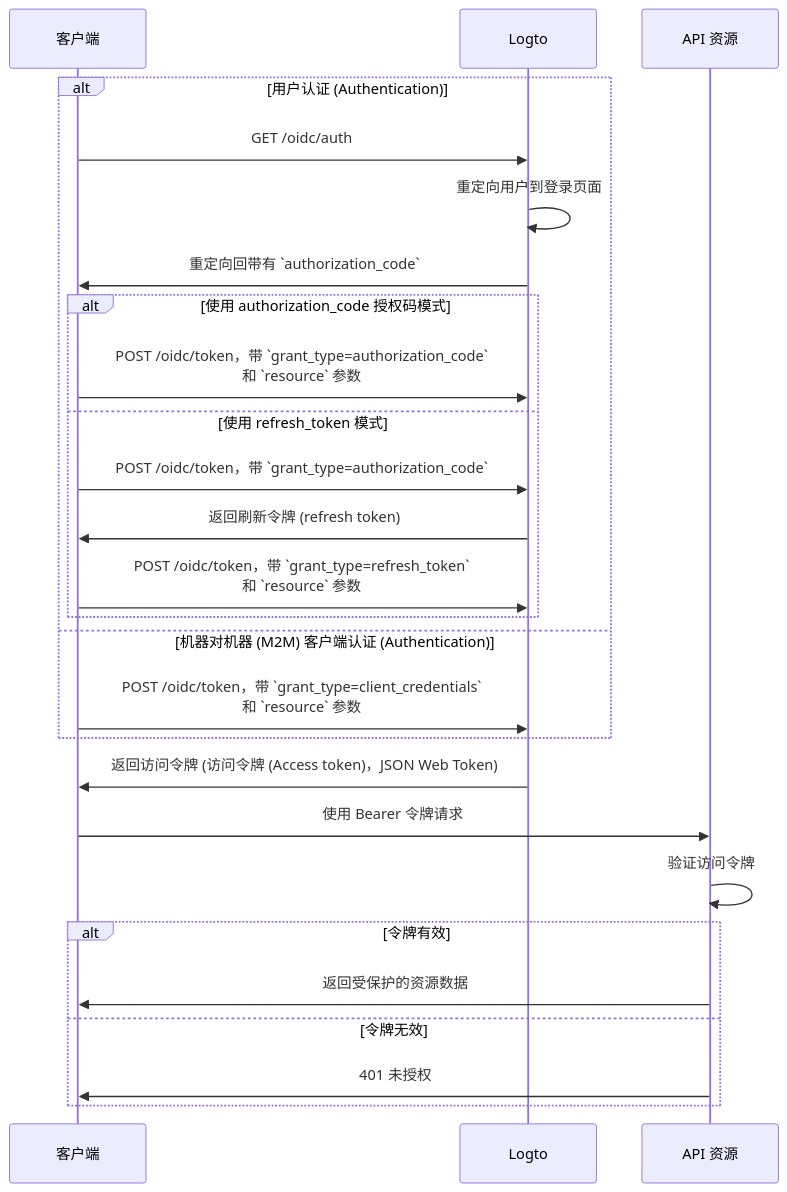
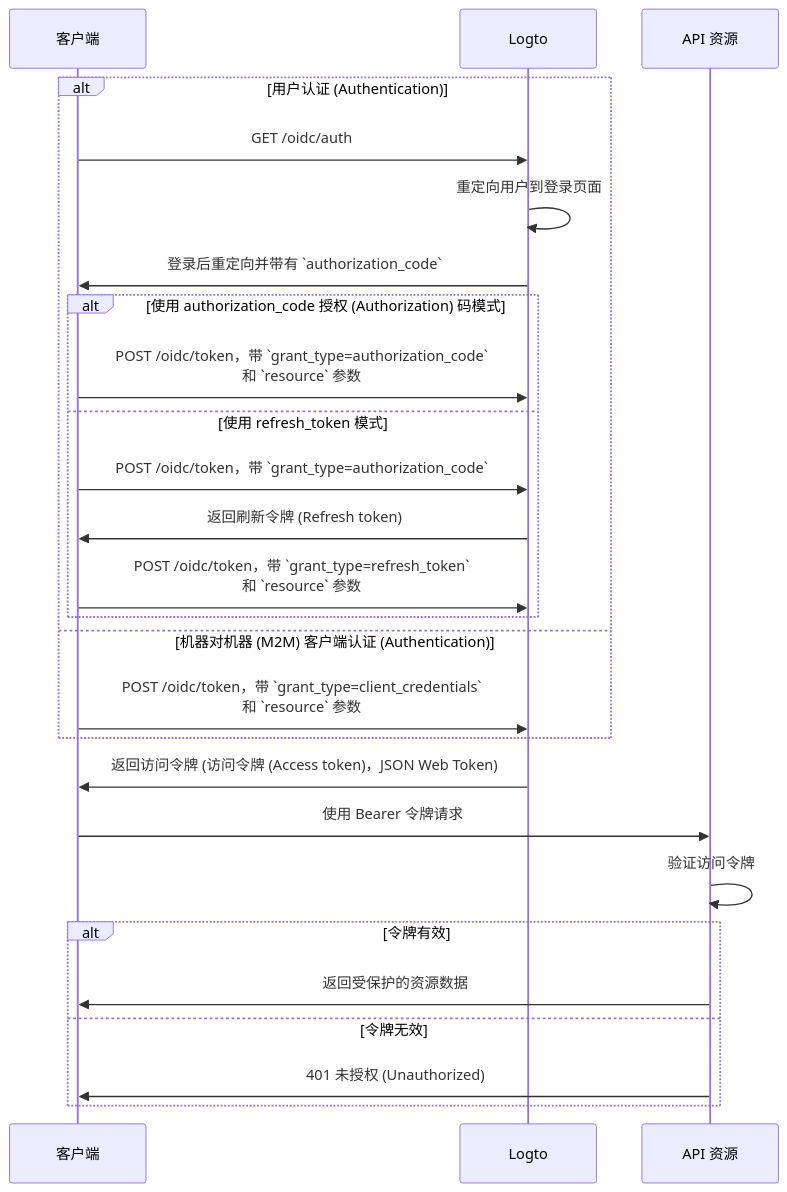
One commit to logto-io/docs changed the diagram in i18n/zh-CN/docusaurus-plugin-content-docs/current/authorization/global-api-resources.mdx. Above: the diagram before and after it, drawn with Mermaid. The commit also changed other lines of this file and 36 other files, not shown here.

````diff
--- a/i18n/zh-CN/docusaurus-plugin-content-docs/current/authorization/global-api-resources.mdx
+++ b/i18n/zh-CN/docusaurus-plugin-content-docs/current/authorization/global-api-resources.mdx
@@ -67,31 +68,31 @@
 ```mermaid
 sequenceDiagram
     participant Client as 客户端
-    participant Logto
+    participant Logto as Logto
     participant API as API 资源
 
     alt 用户认证 (Authentication)
         Client->>Logto: GET /oidc/auth
         Logto->>Logto: 重定向用户到登录页面
-        Logto->>Client: 重定向回带有 `authorization_code`
-        alt 使用 authorization_code 授权码模式
+        Logto->>Client: 登录后重定向并带有 `authorization_code`
+        alt 使用 authorization_code 授权 (Authorization) 码模式
             Client->>Logto: POST /oidc/token，带 `grant_type=authorization_code`<br/>和 `resource` 参数
         else 使用 refresh_token 模式
             Client->>Logto: POST /oidc/token，带 `grant_type=authorization_code`
-            Logto->>Client: 返回刷新令牌 (refresh token)
+            Logto->>Client: 返回刷新令牌 (Refresh token)
             Client->>Logto: POST /oidc/token，带 `grant_type=refresh_token`<br/>和 `resource` 参数
         end
     else 机器对机器 (M2M) 客户端认证 (Authentication)
         Client->>Logto: POST /oidc/token，带 `grant_type=client_credentials`<br/>和 `resource` 参数
     end
 
     Logto->>Client: 返回访问令牌 (访问令牌 (Access token)，JSON Web Token)
     Client->>API: 使用 Bearer 令牌请求
     API->>API: 验证访问令牌
 
     alt 令牌有效
       API->>Client: 返回受保护的资源数据
     else 令牌无效
-      API->>Client: 401 未授权
+      API->>Client: 401 未授权 (Unauthorized)
     end
 ```
````
